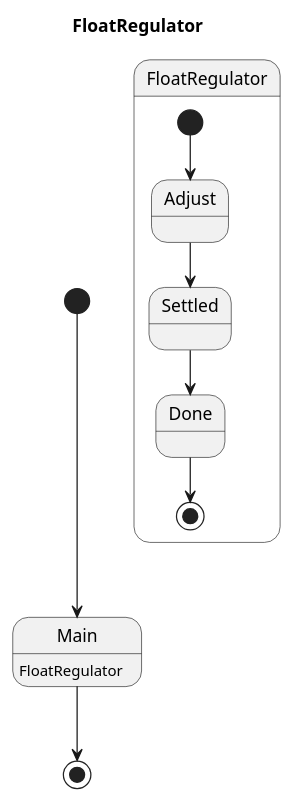
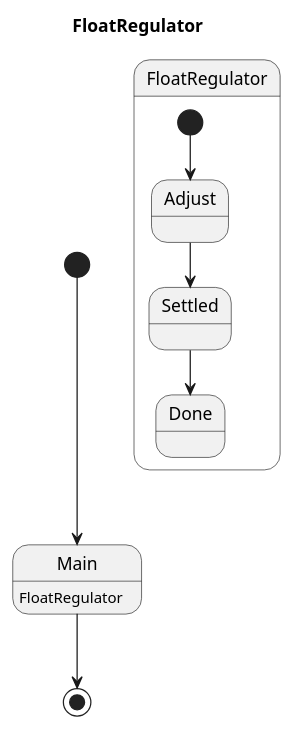
The diagram in examples/generated/plantuml/float_regulator.puml (Pastor/Takt), drawn with PlantUML before and after one commit. The commit also changed 152 other files, not shown here.

```diff
--- a/examples/generated/plantuml/float_regulator.puml
+++ b/examples/generated/plantuml/float_regulator.puml
@@ -1,15 +1,14 @@
 @startuml
 title FloatRegulator
 
 [*] --> Main
 Main : FloatRegulator
 Main --> [*]
 
 state FloatRegulator {
     [*] --> Adjust
     Adjust --> Settled
-    Done --> [*]
     Settled --> Done
 }
 
 @enduml
```
